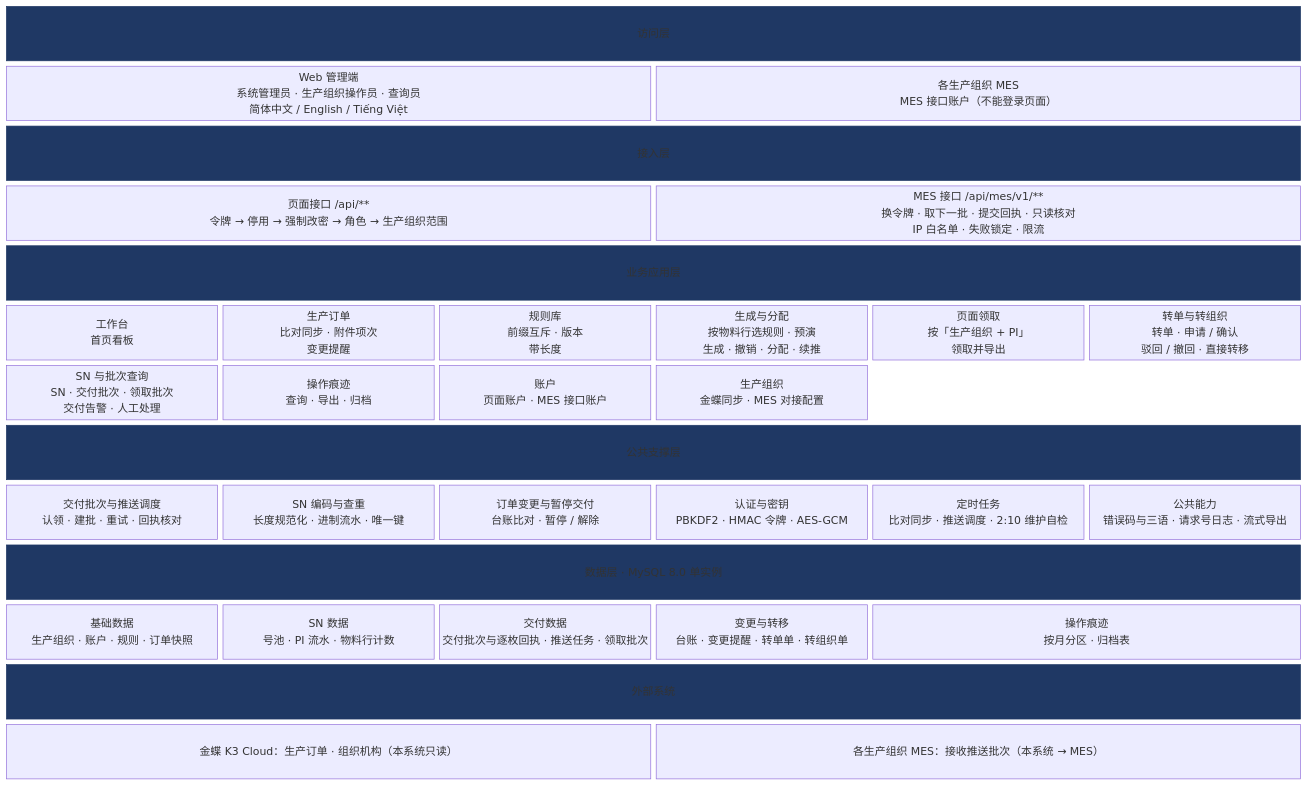
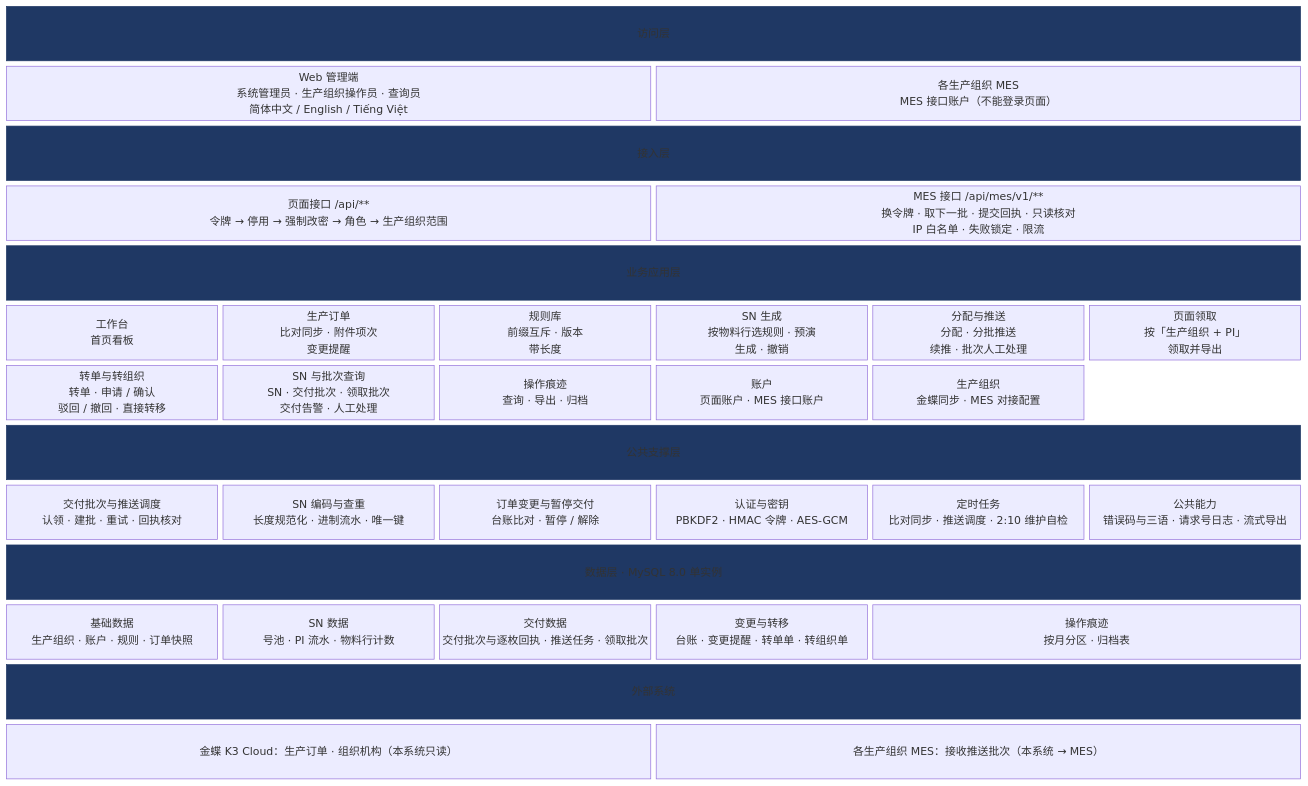
Before and after one commit to Createsnow/sn-center: the diagram in docs/images/系统技术方案/fig2-1-function.mmd, drawn with Mermaid. The commit also changed 28 other files, not shown here.

```diff
--- a/docs/images/系统技术方案/fig2-1-function.mmd
+++ b/docs/images/系统技术方案/fig2-1-function.mmd
@@ -1,38 +1,39 @@
 block-beta
   columns 6
   L1["访问层"]:6
   W["Web 管理端<br/>系统管理员 · 生产组织操作员 · 查询员<br/>简体中文 / English / Tiếng Việt"]:3
   M["各生产组织 MES<br/>MES 接口账户（不能登录页面）"]:3
   L2["接入层"]:6
   P["页面接口 /api/**<br/>令牌 → 停用 → 强制改密 → 角色 → 生产组织范围"]:3
   A["MES 接口 /api/mes/v1/**<br/>换令牌 · 取下一批 · 提交回执 · 只读核对<br/>IP 白名单 · 失败锁定 · 限流"]:3
   L3["业务应用层"]:6
   G1["工作台<br/>首页看板"]
   G2["生产订单<br/>比对同步 · 附件项次<br/>变更提醒"]
   G3["规则库<br/>前缀互斥 · 版本<br/>带长度"]
-  G4["生成与分配<br/>按物料行选规则 · 预演<br/>生成 · 撤销 · 分配 · 续推"]
+  G4["SN 生成<br/>按物料行选规则 · 预演<br/>生成 · 撤销"]
+  G11["分配与推送<br/>分配 · 分批推送<br/>续推 · 批次人工处理"]
   G5["页面领取<br/>按「生产组织 + PI」<br/>领取并导出"]
   G6["转单与转组织<br/>转单 · 申请 / 确认<br/>驳回 / 撤回 · 直接转移"]
   G7["SN 与批次查询<br/>SN · 交付批次 · 领取批次<br/>交付告警 · 人工处理"]
   G8["操作痕迹<br/>查询 · 导出 · 归档"]
   G9["账户<br/>页面账户 · MES 接口账户"]
   G10["生产组织<br/>金蝶同步 · MES 对接配置"]
-  space:2
+  space:1
   L4["公共支撑层"]:6
   S1["交付批次与推送调度<br/>认领 · 建批 · 重试 · 回执核对"]
   S2["SN 编码与查重<br/>长度规范化 · 进制流水 · 唯一键"]
   S3["订单变更与暂停交付<br/>台账比对 · 暂停 / 解除"]
   S4["认证与密钥<br/>PBKDF2 · HMAC 令牌 · AES-GCM"]
   S5["定时任务<br/>比对同步 · 推送调度 · 2:10 维护自检"]
   S6["公共能力<br/>错误码与三语 · 请求号日志 · 流式导出"]
   L5["数据层 · MySQL 8.0 单实例"]:6
   D1["基础数据<br/>生产组织 · 账户 · 规则 · 订单快照"]
   D2["SN 数据<br/>号池 · PI 流水 · 物料行计数"]
   D3["交付数据<br/>交付批次与逐枚回执 · 推送任务 · 领取批次"]
   D4["变更与转移<br/>台账 · 变更提醒 · 转单单 · 转组织单"]
   D5["操作痕迹<br/>按月分区 · 归档表"]:2
   L6["外部系统"]:6
   K["金蝶 K3 Cloud：生产订单 · 组织机构（本系统只读）"]:3
   MM["各生产组织 MES：接收推送批次（本系统 → MES）"]:3
   classDef layer fill:#1f3864,color:#fff,stroke:#1f3864
   class L1,L2,L3,L4,L5,L6 layer
```
